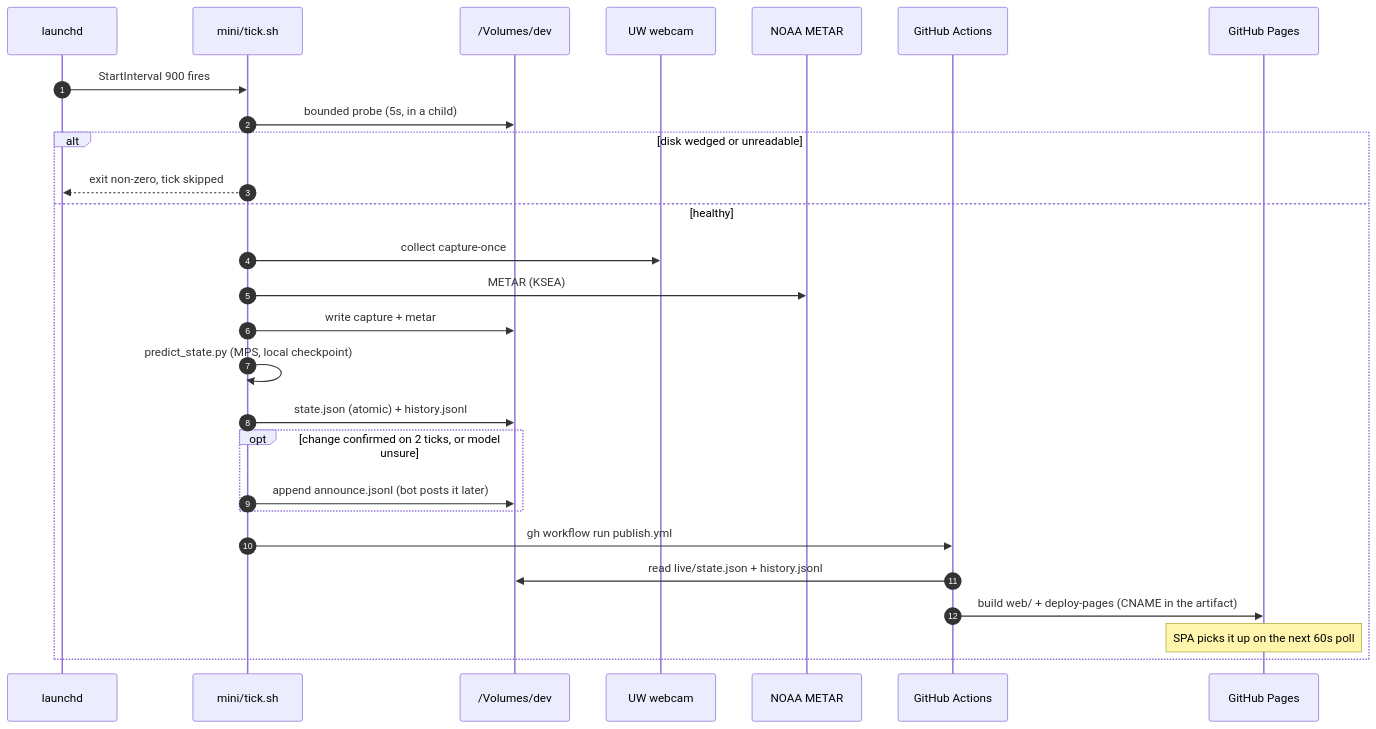
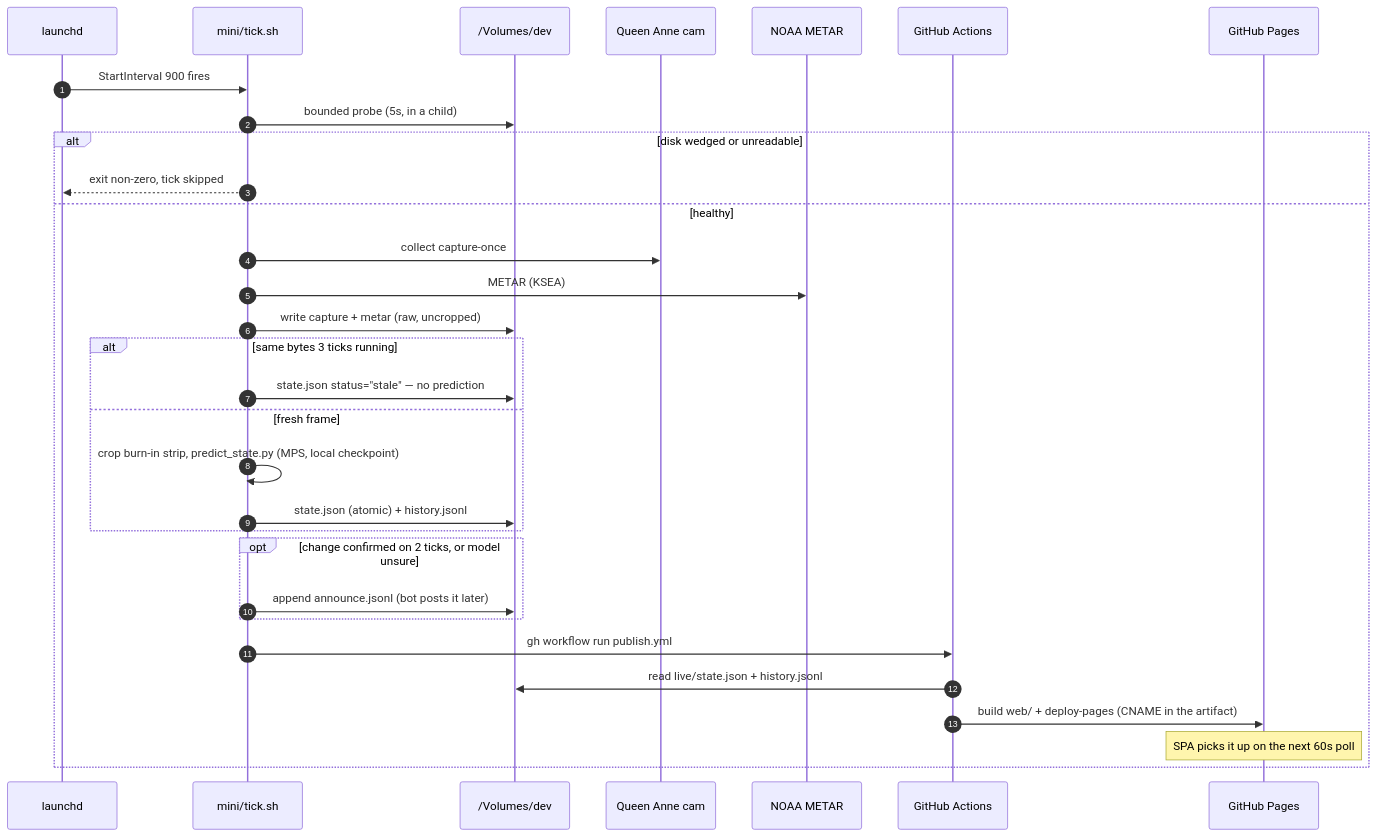
Before and after one commit to robogeosociety/is-the-mountain-out: the second of 3 diagrams in README.md, drawn with Mermaid. The commit also changed other lines of this file and 14 other files, not shown here.

````diff
--- a/README.md
+++ b/README.md
@@ -114,30 +125,34 @@
 ```mermaid
 sequenceDiagram
   autonumber
   participant L as launchd
   participant T as mini/tick.sh
   participant D as /Volumes/dev
-  participant Cam as UW webcam
+  participant Cam as Queen Anne cam
   participant M as NOAA METAR
   participant A as GitHub Actions
   participant P as GitHub Pages
 
   L->>T: StartInterval 900 fires
   T->>D: bounded probe (5s, in a child)
   alt disk wedged or unreadable
     T-->>L: exit non-zero, tick skipped
   else healthy
     T->>Cam: collect capture-once
     T->>M: METAR (KSEA)
-    T->>D: write capture + metar
-    T->>T: predict_state.py (MPS, local checkpoint)
-    T->>D: state.json (atomic) + history.jsonl
+    T->>D: write capture + metar (raw, uncropped)
+    alt same bytes 3 ticks running
+      T->>D: state.json status="stale" — no prediction
+    else fresh frame
+      T->>T: crop burn-in strip, predict_state.py (MPS, local checkpoint)
+      T->>D: state.json (atomic) + history.jsonl
+    end
     opt change confirmed on 2 ticks, or model unsure
       T->>D: append announce.jsonl (bot posts it later)
     end
     T->>A: gh workflow run publish.yml
     A->>D: read live/state.json + history.jsonl
     A->>P: build web/ + deploy-pages (CNAME in the artifact)
     Note over P: SPA picks it up on the next 60s poll
   end
 ```
````
